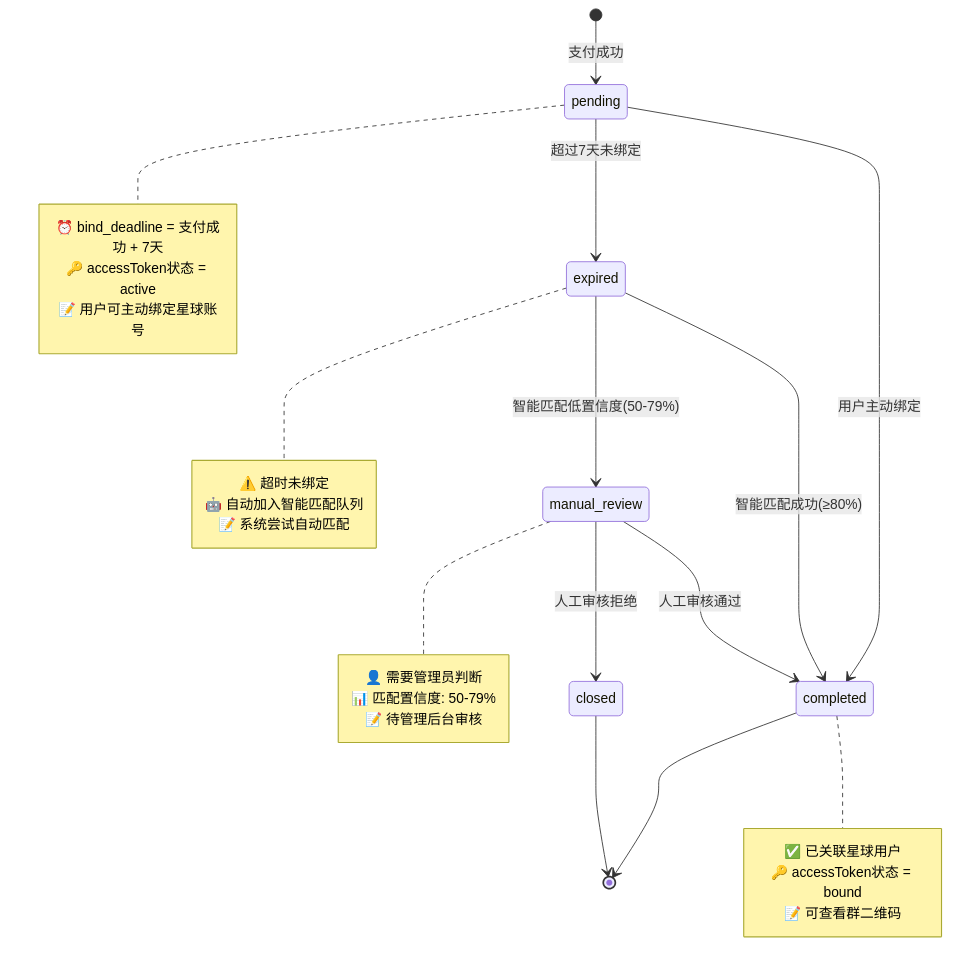
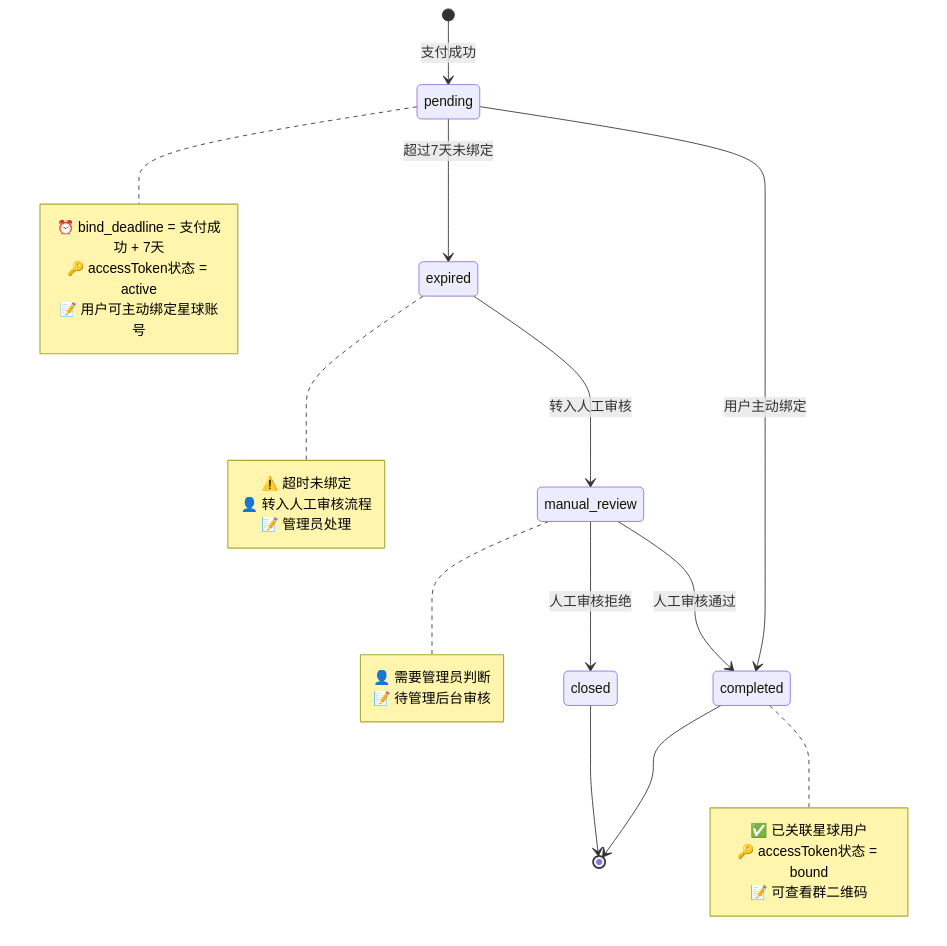
The first of 4 diagrams in docs/v1/design/状态枚举定义.md (yiancode/AutoDepositRefundAgent), drawn with Mermaid before and after one commit. The commit also changed other lines of this file and 1 other file, not shown here.

````diff
--- a/docs/v1/design/状态枚举定义.md
+++ b/docs/v1/design/状态枚举定义.md
@@ -26,36 +26,34 @@
 ```mermaid
 stateDiagram-v2
     [*] --> pending: 支付成功
     pending --> completed: 用户主动绑定
     pending --> expired: 超过7天未绑定
-    expired --> completed: 智能匹配成功(≥80%)
-    expired --> manual_review: 智能匹配低置信度(50-79%)
+    expired --> manual_review: 转入人工审核
     manual_review --> completed: 人工审核通过
     manual_review --> closed: 人工审核拒绝
     completed --> [*]
     closed --> [*]
 
     note right of pending
         ⏰ bind_deadline = 支付成功 + 7天
         🔑 accessToken状态 = active
         📝 用户可主动绑定星球账号
     end note
 
     note right of completed
         ✅ 已关联星球用户
         🔑 accessToken状态 = bound
         📝 可查看群二维码
     end note
 
     note right of expired
         ⚠️ 超时未绑定
-        🤖 自动加入智能匹配队列
-        📝 系统尝试自动匹配
+        👤 转入人工审核流程
+        📝 管理员处理
     end note
 
     note right of manual_review
         👤 需要管理员判断
-        📊 匹配置信度: 50-79%
         📝 待管理后台审核
     end note
 ```
````
